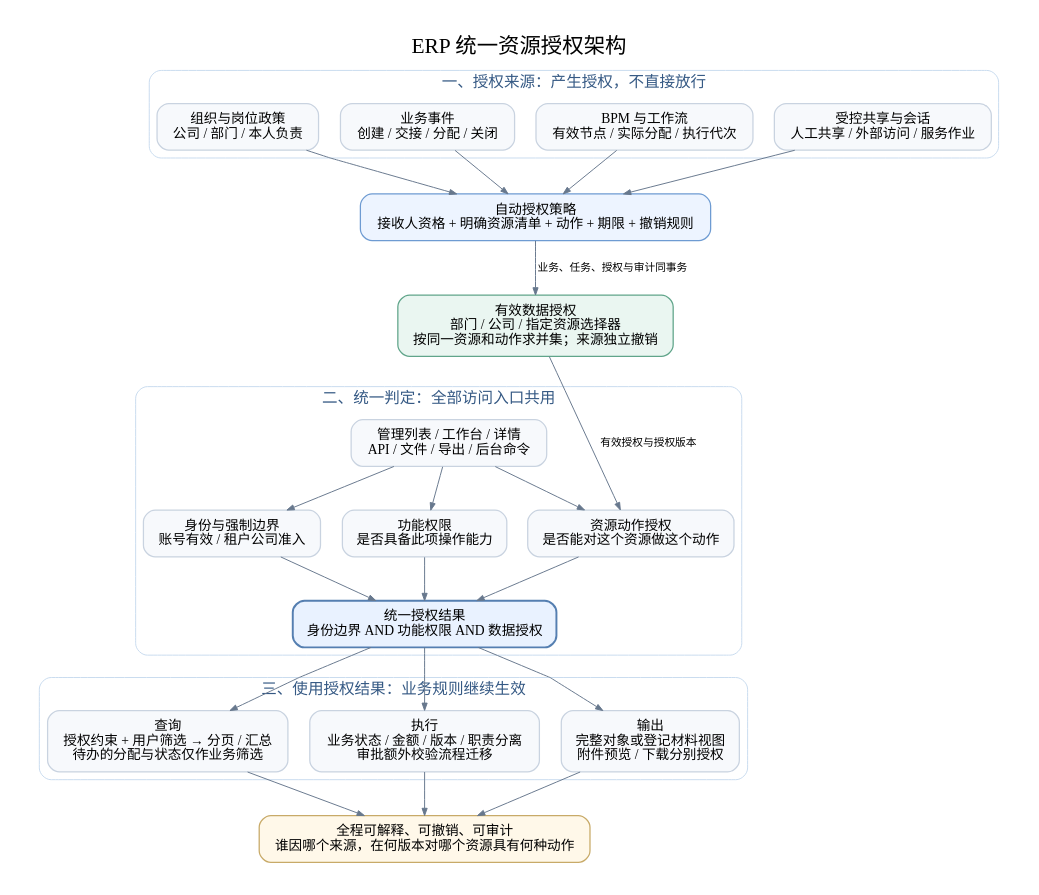
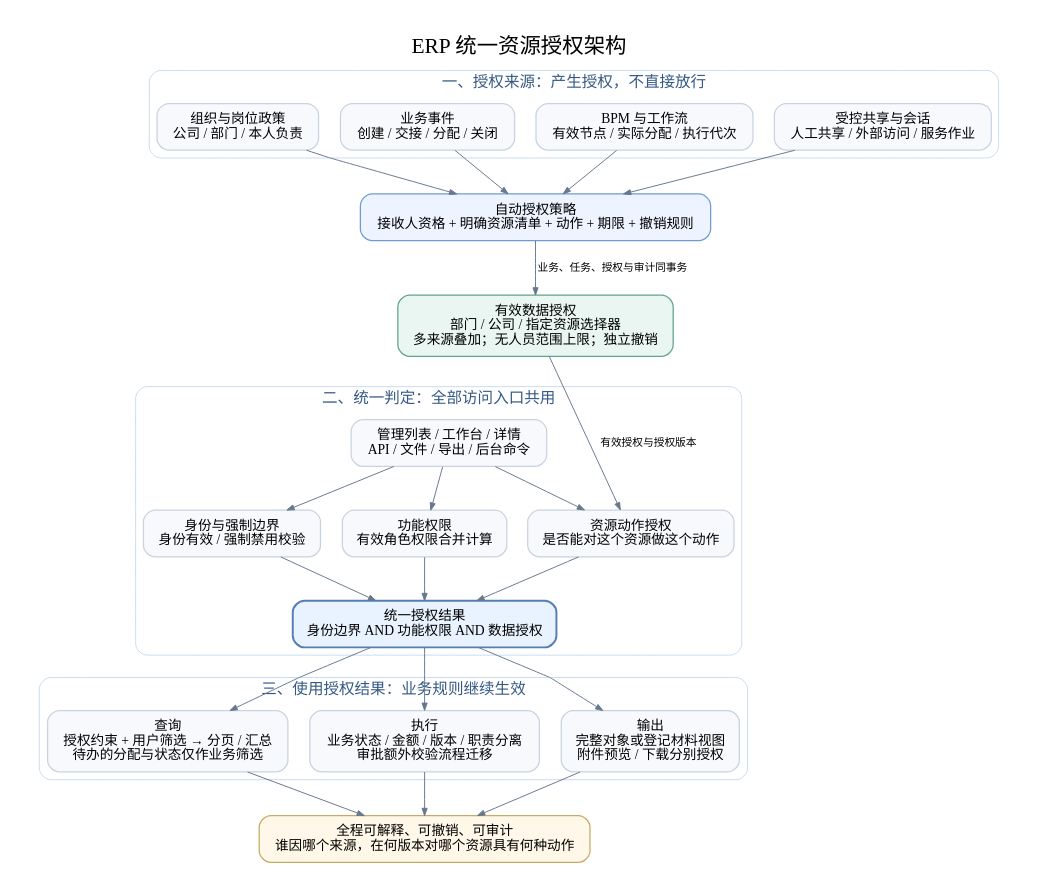
The diagram in docs/assets/resource-authorization-architecture.dot (mztlive/erp), drawn with Graphviz before and after one commit. The commit also changed 2 other files, not shown here.

```diff
--- a/docs/assets/resource-authorization-architecture.dot
+++ b/docs/assets/resource-authorization-architecture.dot
@@ -1,46 +1,46 @@
 digraph resourceAuthorization {
   graph [rankdir=TB, bgcolor="#ffffff", pad="0.35", nodesep="0.30", ranksep="0.60", fontname="PingFang SC", fontsize=22, label="ERP 统一资源授权架构", labelloc=t, splines=polyline];
   node [shape=box, style="rounded,filled", fillcolor="#f7f9fc", color="#c9d3e0", fontname="PingFang SC", fontsize=14, margin="0.18,0.12", penwidth=1.3];
   edge [fontname="PingFang SC", fontsize=11, color="#67788d", arrowsize=0.75];
 
   subgraph clusterSources {
     label="一、授权来源：产生授权，不直接放行";
     fontsize=16; fontcolor="#355984"; color="#c9dbef"; style="rounded";
     scope [label="组织与岗位政策\n公司 / 部门 / 本人负责"];
     business [label="业务事件\n创建 / 交接 / 分配 / 关闭"];
     bpm [label="BPM 与工作流\n有效节点 / 实际分配 / 执行代次"];
     sharing [label="受控共享与会话\n人工共享 / 外部访问 / 服务作业"];
     {rank=same; scope; business; bpm; sharing;}
   }
   policy [label="自动授权策略\n接收人资格 + 明确资源清单 + 动作 + 期限 + 撤销规则", fillcolor="#edf4ff", color="#6e9bd2"];
   scope -> policy; business -> policy; bpm -> policy; sharing -> policy;
-  grants [label="有效数据授权\n部门 / 公司 / 指定资源选择器\n按同一资源和动作求并集；来源独立撤销", fillcolor="#eaf6f1", color="#60a58a"];
+  grants [label="有效数据授权\n部门 / 公司 / 指定资源选择器\n多来源叠加；无人员范围上限；独立撤销", fillcolor="#eaf6f1", color="#60a58a"];
   policy -> grants [label="业务、任务、授权与审计同事务"];
 
   subgraph clusterAccess {
     label="二、统一判定：全部访问入口共用";
     fontsize=16; fontcolor="#355984"; color="#c9dbef"; style="rounded";
     request [label="管理列表 / 工作台 / 详情\nAPI / 文件 / 导出 / 后台命令"];
-    identity [label="身份与强制边界\n账号有效 / 租户公司准入"];
-    capability [label="功能权限\n是否具备此项操作能力"];
+    identity [label="身份与强制边界\n身份有效 / 强制禁用校验"];
+    capability [label="功能权限\n有效角色权限合并计算"];
     dataCheck [label="资源动作授权\n是否能对这个资源做这个动作"];
     decision [label="统一授权结果\n身份边界 AND 功能权限 AND 数据授权", fillcolor="#e9f2ff", color="#557fb1", penwidth=2];
     {rank=same; identity; capability; dataCheck;}
     request -> identity; request -> capability; request -> dataCheck;
     identity -> decision; capability -> decision; dataCheck -> decision;
   }
   grants -> dataCheck [label="有效授权与授权版本"];
   grants -> request [style=invis];
 
   subgraph clusterUse {
     label="三、使用授权结果：业务规则继续生效";
     fontsize=16; fontcolor="#355984"; color="#c9dbef"; style="rounded";
     query [label="查询\n授权约束 + 用户筛选 → 分页 / 汇总\n待办的分配与状态仅作业务筛选"];
     command [label="执行\n业务状态 / 金额 / 版本 / 职责分离\n审批额外校验流程迁移"];
     material [label="输出\n完整对象或登记材料视图\n附件预览 / 下载分别授权"];
     {rank=same; query; command; material;}
   }
   decision -> query; decision -> command; decision -> material;
   audit [label="全程可解释、可撤销、可审计\n谁因哪个来源，在何版本对哪个资源具有何种动作", fillcolor="#fff8e9", color="#c8aa68"];
   query -> audit; command -> audit; material -> audit;
 }
```
